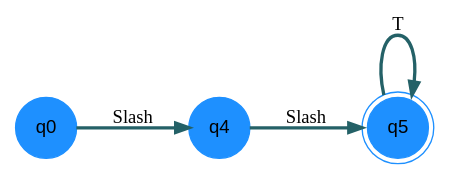
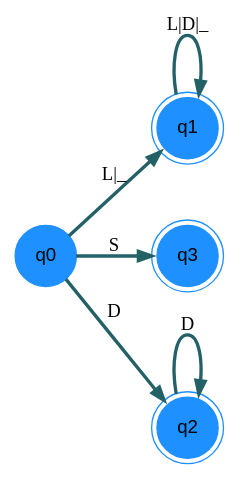
The diagram in ReporteGrafico/grafo.dot (hr9457/OLC1_Proyecto1_201314296), drawn with Graphviz before and after one commit. The commit also changed 4 other files, not shown here.

```diff
--- a/ReporteGrafico/grafo.dot
+++ b/ReporteGrafico/grafo.dot
@@ -1,12 +1,15 @@
 digraph automa {
 nodesep=0.6;
 rankdir=LR;
 node [shape = circle, color=dodgerblue,style=filled,fontname ="helvetica"];
 edge[penwidth=2.5, color="#246167"]
 nodoRaiz[label="q0"];
-nodoSlash [shape=circle, label="q4"];
-nodoTodillo [shape=doublecircle, label="q5"];
-nodoRaiz->nodoSlash [label=" Slash\ "];
-nodoSlash->nodoTodillo [label=" Slash\ "];
-nodoTodillo->nodoTodillo [label=" T "];
+nodoLetra[shape=doublecircle,label="q1"];
+nodoRaiz->nodoLetra[label="L|_"];
+nodoLetra->nodoLetra[label="L|D|_"];
+nodoSimbolo [shape=doublecircle, label="q3"];
+nodoRaiz->nodoSimbolo[label="S"];
+nodoDigito[shape=doublecircle,label="q2"];
+nodoRaiz->nodoDigito[label="D"];
+nodoDigito->nodoDigito[label="D"];
 }
```
